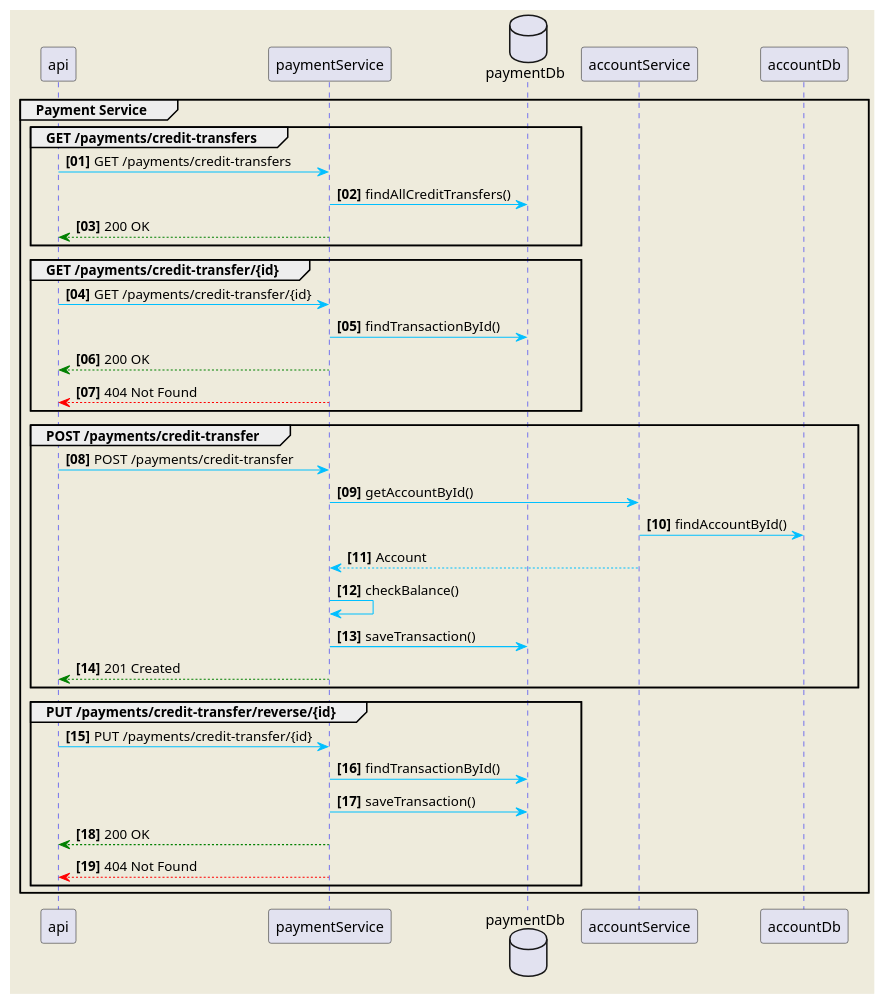
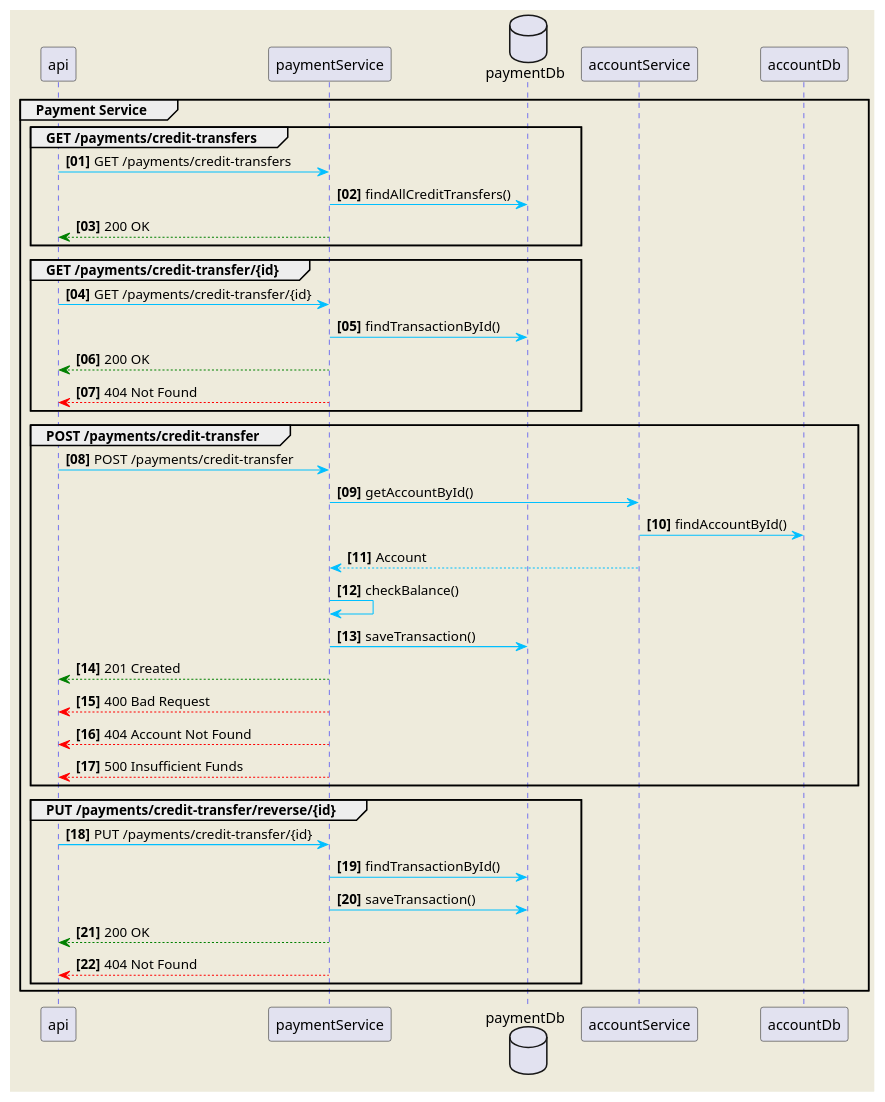
The diagram in docs/payment.plantuml (C0d3N1nJ4/payment-service), drawn with PlantUML before and after one commit.

Commit message:
Implementing balance check

```diff
--- a/docs/payment.plantuml
+++ b/docs/payment.plantuml
@@ -1,40 +1,43 @@
 @startuml
 skinparam backgroundColor #EEEBDC
 skinparam sequence {
 ArrowColor DeepSkyBlue
 ActorBorderColor DeepSkyBlue
 LifeLineBorderColor blue
 LifeLineBackgroundColor #A9DCDF}
 
 autonumber 1 1 "<b>[00]"
 group Payment Service
     group GET /payments/credit-transfers
         api -> paymentService: GET /payments/credit-transfers
         database    paymentDb    as paymentDb
         paymentService -> paymentDb: findAllCreditTransfers()
         api <-[#green]- paymentService: 200 OK
     end
     group GET /payments/credit-transfer/{id}
         api -> paymentService: GET /payments/credit-transfer/{id}
         paymentService -> paymentDb: findTransactionById()
         api <-[#green]- paymentService: 200 OK
         api <-[#red]- paymentService: 404 Not Found
     end
     group POST /payments/credit-transfer
            api -> paymentService: POST /payments/credit-transfer
             paymentService -> accountService: getAccountById()
             accountService -> accountDb: findAccountById()
             accountService --> paymentService: Account
             paymentService -> paymentService: checkBalance()
             paymentService -> paymentDb: saveTransaction()
             api <-[#green]- paymentService: 201 Created
+            api <-[#red]- paymentService: 400 Bad Request
+            api <-[#red]- paymentService: 404 Account Not Found
+            api <-[#red]- paymentService: 500 Insufficient Funds
     end
     group PUT /payments/credit-transfer/reverse/{id}
         api -> paymentService: PUT /payments/credit-transfer/{id}
         paymentService -> paymentDb: findTransactionById()
         paymentService -> paymentDb: saveTransaction()
         api <-[#green]- paymentService: 200 OK
         api <-[#red]- paymentService: 404 Not Found
     end
 end
 @enduml
```
